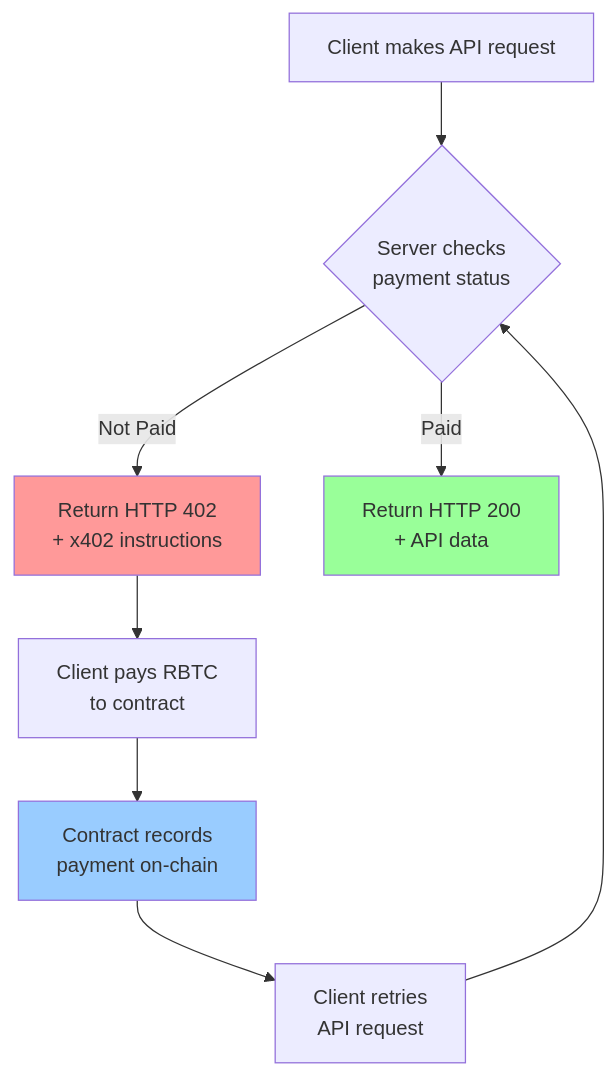
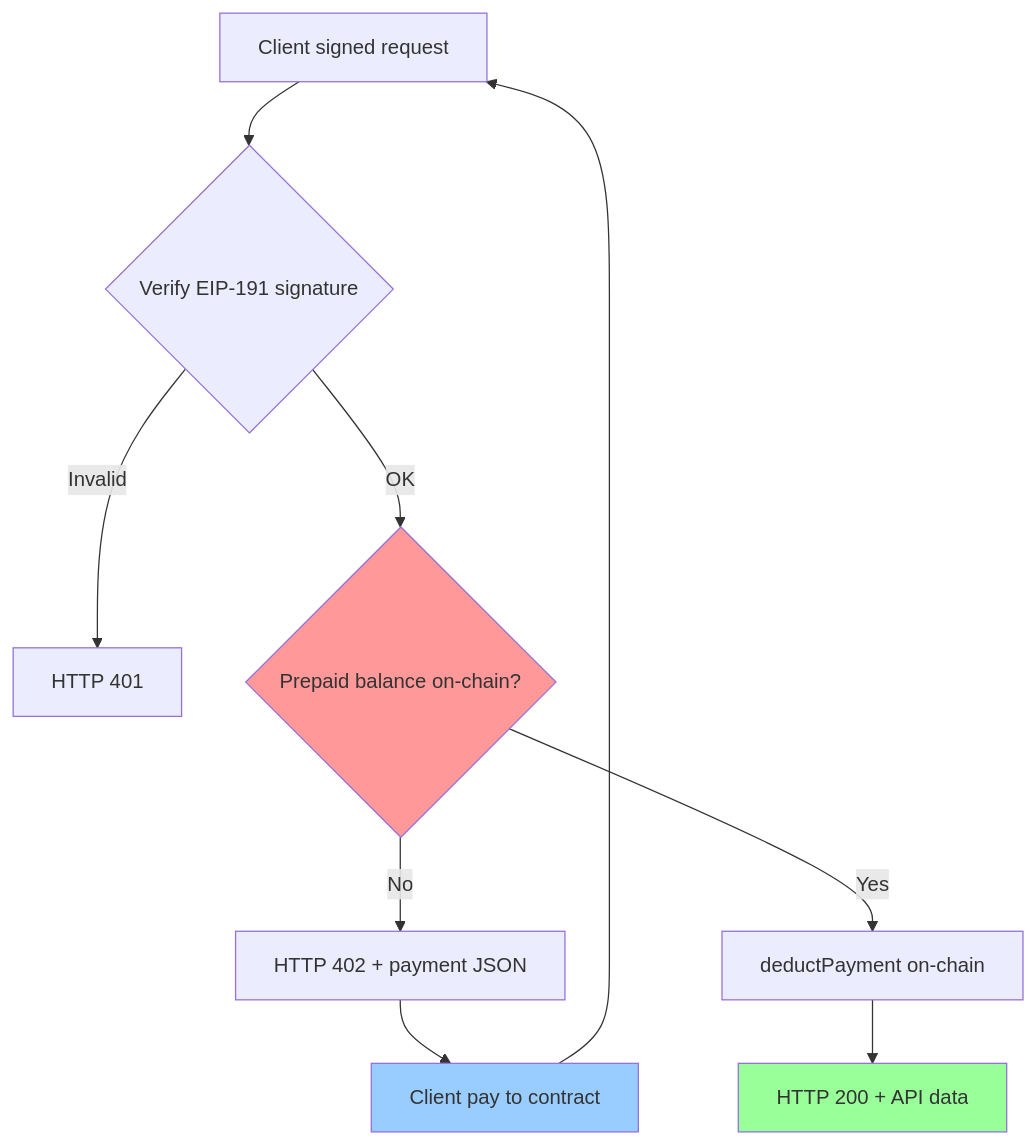
Before and after one commit to sainath5001/x402-rootstock-pay-per-api: the first of 2 diagrams in README.md, drawn with Mermaid. The commit also changed other lines of this file and 8 other files, not shown here.

Commit message:
feat: implement secure pay-per-request system with balance deduction, add signature-based wallet verification, and refine tutorial as per review feedback

````diff
--- a/README.md
+++ b/README.md
@@ -88,14 +99,15 @@
 ```mermaid
 flowchart TD
-    A[Client makes API request] --> B{Server checks<br/>payment status}
-    B -->|Not Paid| C[Return HTTP 402<br/>+ x402 instructions]
-    C --> D[Client pays RBTC<br/>to contract]
-    D --> E[Contract records<br/>payment on-chain]
-    E --> F[Client retries<br/>API request]
-    F --> B
-    B -->|Paid| G[Return HTTP 200<br/>+ API data]
+    A[Client signed request] --> B{Verify EIP-191 signature}
+    B -->|Invalid| Z[HTTP 401]
+    B -->|OK| C{Prepaid balance on-chain?}
+    C -->|No| D[HTTP 402 + payment JSON]
+    D --> E[Client pay to contract]
+    E --> A
+    C -->|Yes| F[deductPayment on-chain]
+    F --> G[HTTP 200 + API data]
     
     style C fill:#ff9999
     style G fill:#99ff99
     style E fill:#99ccff
 ```
````
